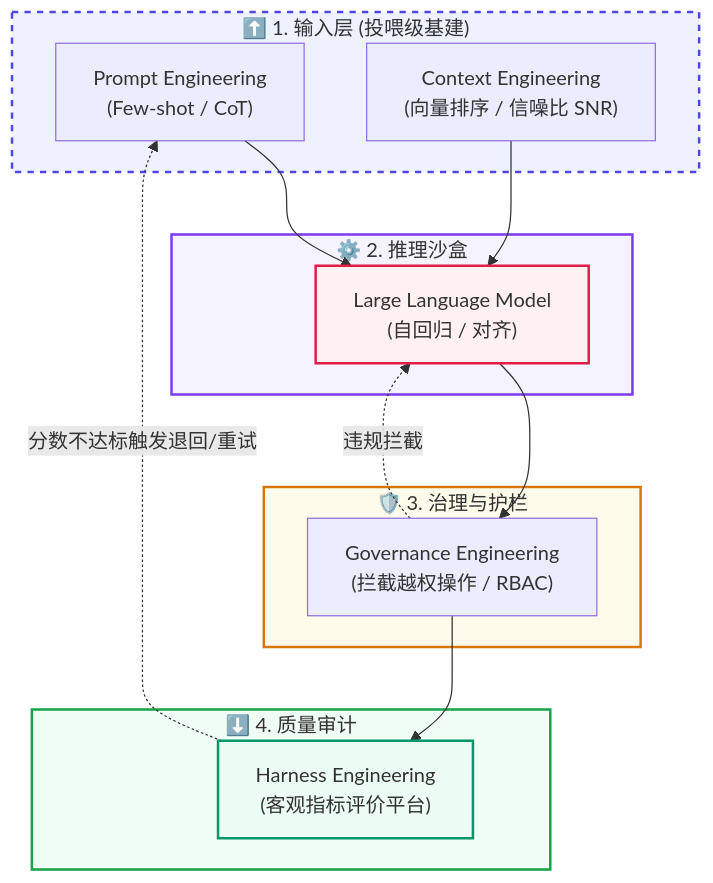
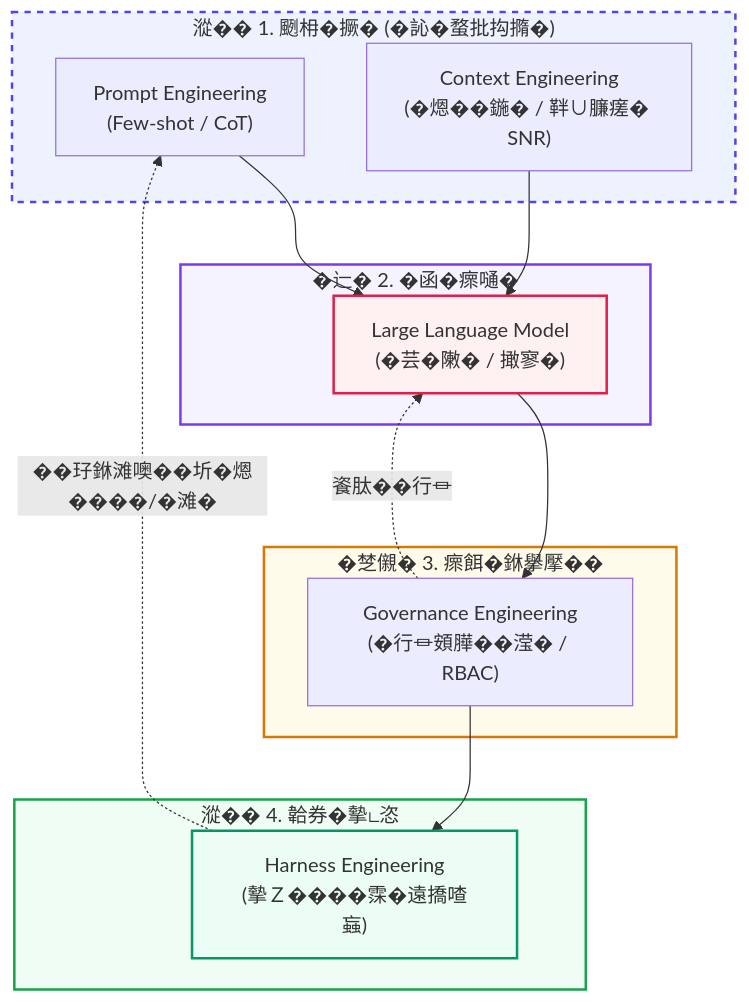
Before and after one commit to wangchong2023/lang-chain-graph: the eighth of 16 diagrams in doc/AI_Knowledge_Roadmap.md, drawn with Mermaid. The commit also changed other lines of this file, not shown here.

Commit message:
docs: update AI knowledge roadmap with new learning milestones

````diff
--- a/doc/AI_Knowledge_Roadmap.md
+++ b/doc/AI_Knowledge_Roadmap.md
@@ -532,34 +451,34 @@
    ```mermaid
    graph TD
-       subgraph InputLayer ["⬆️ 1. 输入层 (投喂级基建)"]
+       subgraph InputLayer ["漎�� 1. 颲枏�撅� (�訫�蝥批抅撱�)"]
            PE["Prompt Engineering<br>(Few-shot / CoT)"]
-           CE["Context Engineering<br>(向量排序 / 信噪比 SNR)"]
+           CE["Context Engineering<br>(�煾��鍦� / 靽∪臁瘥� SNR)"]
        end
        
-       subgraph ReasoningCore ["⚙️ 2. 推理沙盒"]
-           LLM["Large Language Model<br>(自回归 / 对齐)"]
+       subgraph ReasoningCore ["�辷� 2. �函�瘝嗵�"]
+           LLM["Large Language Model<br>(�芸�敶� / 撖寥�)"]
        end
 
-       subgraph SecurityGate ["🛡️ 3. 治理与护栏"]
-           GE["Governance Engineering<br>(拦截越权操作 / RBAC)"]
+       subgraph SecurityGate ["�椘儭� 3. 瘝餌�銝擧擪��"]
+           GE["Governance Engineering<br>(�行⏛頞𦠜��滢� / RBAC)"]
        end
        
-       subgraph EvalAudit ["⬇️ 4. 质量审计"]
-           HE["Harness Engineering<br>(客观指标评价平台)"]
+       subgraph EvalAudit ["漎�� 4. 韐券�摰∟恣"]
+           HE["Harness Engineering<br>(摰Ｚ����霂�遠撟喳蝱)"]
        end
 
        PE --> LLM
        CE --> LLM
        LLM --> GE
-       GE -. "违规拦截" .-> LLM
+       GE -. "餈肽��行⏛" .-> LLM
        GE --> HE
-       HE -. "分数不达标触发退回/重试" .-> PE
+       HE -. "��㺭銝滩噢��圻�煾����/�滩�" .-> PE
 
-    %% 样式美化
+    %% �瑕�蝢𤾸�
     style InputLayer fill:#eef2ff,stroke:#4f46e5,stroke-width:2px,stroke-dasharray: 5 5
     style ReasoningCore fill:#f5f3ff,stroke:#7c3aed,stroke-width:2px
     style SecurityGate fill:#fffbeb,stroke:#d97706,stroke-width:2px
     style EvalAudit fill:#f0fdf4,stroke:#16a34a,stroke-width:2px
     style LLM fill:#fff1f2,stroke:#e11d48,stroke-width:2px
     style HE fill:#ecfdf5,stroke:#059669,stroke-width:2px
    ```
````
